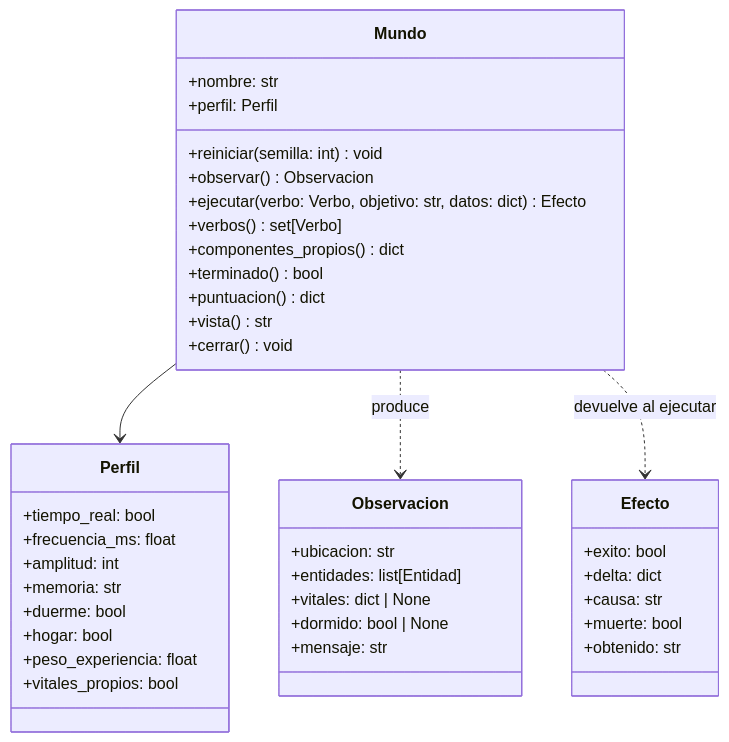
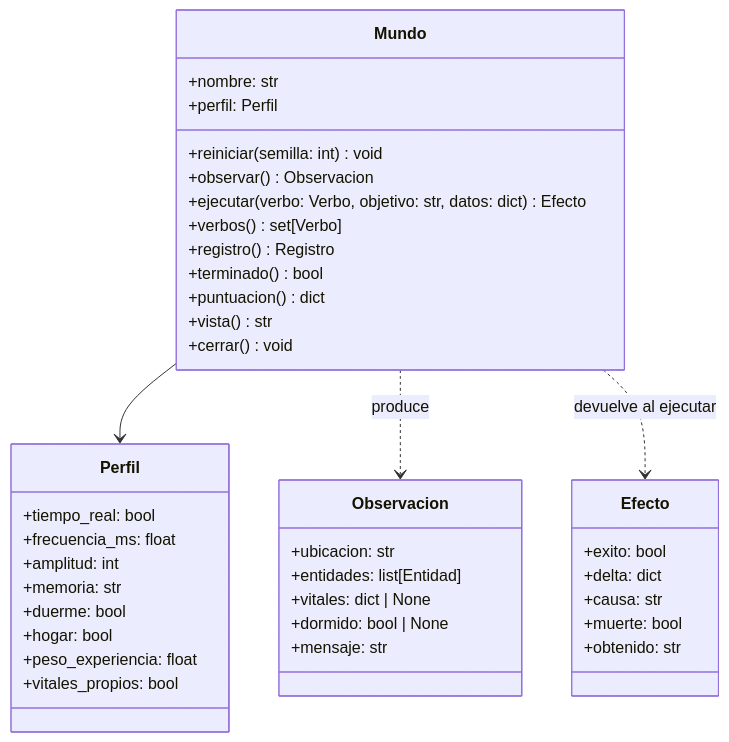
Before and after one commit to diegorodriguezreija/IdA: the first of 2 diagrams in doc-repositorio/03_LOS_MUNDOS.md, drawn with Mermaid. The commit also changed 1 other file, not shown here.

Commit message:
docs: registro() en 03 y 04

````diff
--- a/doc-repositorio/03_LOS_MUNDOS.md
+++ b/doc-repositorio/03_LOS_MUNDOS.md
@@ -7,47 +7,47 @@
 ```mermaid
 classDiagram
     class Mundo {
         +nombre: str
         +perfil: Perfil
         +reiniciar(semilla: int) void
         +observar() Observacion
         +ejecutar(verbo: Verbo, objetivo: str, datos: dict) Efecto
         +verbos() set[Verbo]
-        +componentes_propios() dict
+        +registro() Registro
         +terminado() bool
         +puntuacion() dict
         +vista() str
         +cerrar() void
     }
 
     class Perfil {
         +tiempo_real: bool
         +frecuencia_ms: float
         +amplitud: int
         +memoria: str
         +duerme: bool
         +hogar: bool
         +peso_experiencia: float
         +vitales_propios: bool
     }
 
     class Observacion {
         +ubicacion: str
         +entidades: list[Entidad]
         +vitales: dict | None
         +dormido: bool | None
         +mensaje: str
     }
 
     class Efecto {
         +exito: bool
         +delta: dict
         +causa: str
         +muerte: bool
         +obtenido: str
     }
 
     Mundo --> Perfil
     Mundo ..> Observacion : produce
     Mundo ..> Efecto : devuelve al ejecutar
 ```
````
